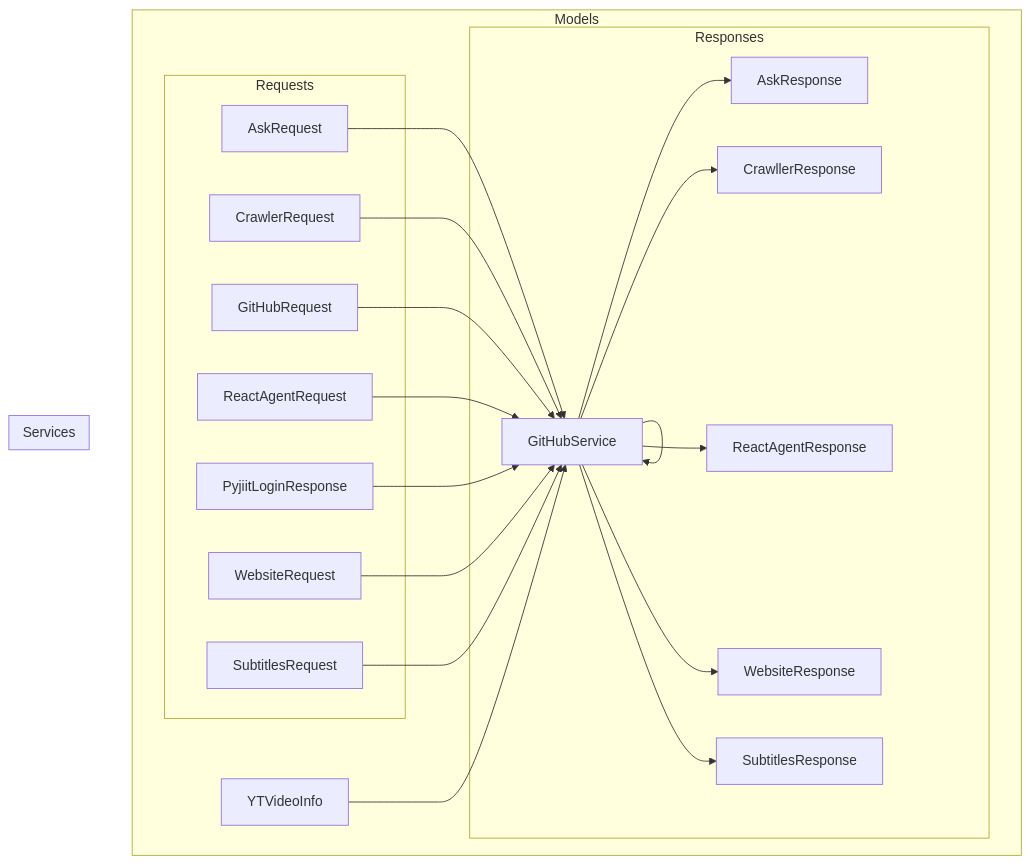
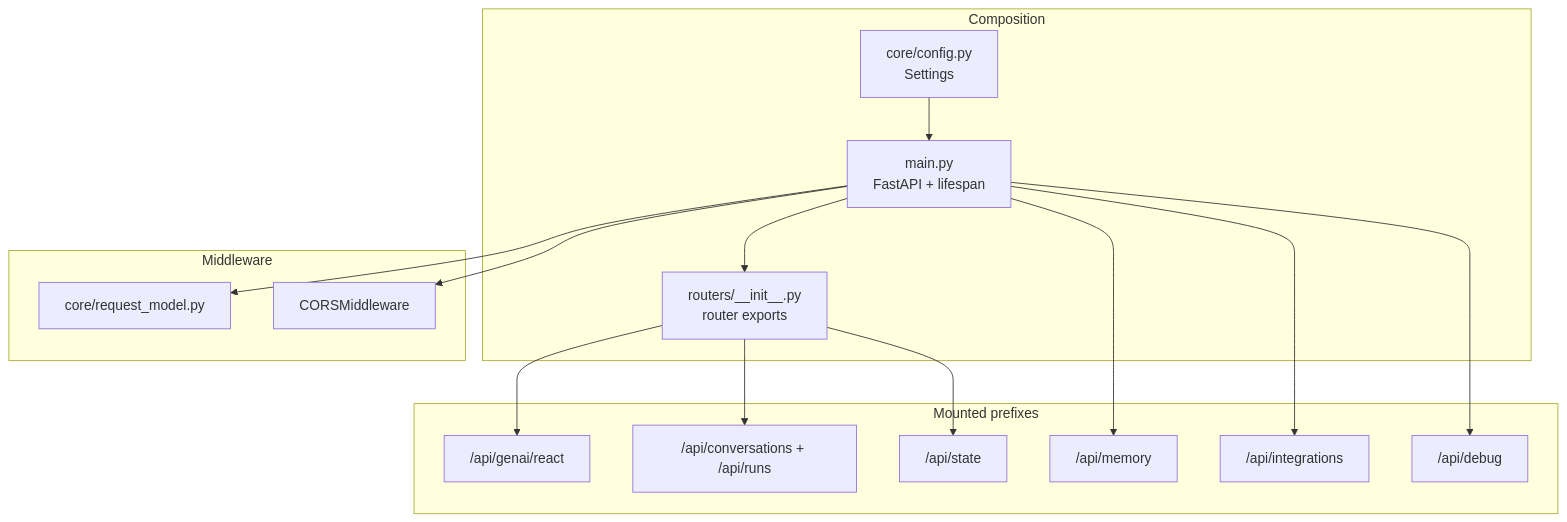
One commit to tashifkhan/tashif.codes changed the first of 6 diagrams in src/data/docs/agentic-browser/Data Models and Schemas/Service Integration Models.md. Above: the diagram before and after it, drawn with Mermaid. The commit also changed other lines of this file and 114 other files, not shown here.

````diff
--- a/src/data/docs/agentic-browser/Data Models and Schemas/Service Integration Models.md
+++ b/src/data/docs/agentic-browser/Data Models and Schemas/Service Integration Models.md
@@ -9,40 +18,30 @@
 ```mermaid
 graph TB
-subgraph "Models"
-subgraph "Requests"
-R_Ask["AskRequest"]
-R_Crawl["CrawlerRequest"]
-R_GitHub["GitHubRequest"]
-R_React["ReactAgentRequest"]
-R_Pyjiit["PyjiitLoginResponse"]
-R_Website["WebsiteRequest"]
-R_Subtitles["SubtitlesRequest"]
+subgraph "Composition"
+  MAIN["main.py<br/>FastAPI + lifespan"]
+  INIT["routers/__init__.py<br/>router exports"]
+  CFG["core/config.py<br/>Settings"]
 end
-subgraph "Responses"
-S_Ask["AskResponse"]
-S_Crawl["CrawllerResponse"]
-S_GitHub["GitHubResponse"]
-S_React["ReactAgentResponse"]
-S_Website["WebsiteResponse"]
-S_Subtitles["SubtitlesResponse"]
+subgraph "Middleware"
+  RM["core/request_model.py"]
+  CORS["CORSMiddleware"]
 end
-M_YT["YTVideoInfo"]
+subgraph "Mounted prefixes"
+  P1["/api/genai/react"]
+  P2["/api/conversations + /api/runs"]
+  P3["/api/state"]
+  P4["/api/memory"]
+  P5["/api/integrations"]
+  P6["/api/debug"]
 end
-subgraph "Services"
-S_GitHub["GitHubService"]
-end
-R_Ask --> S_GitHub
-R_Crawl --> S_GitHub
-R_GitHub --> S_GitHub
-R_React --> S_GitHub
-R_Pyjiit --> S_GitHub
-R_Website --> S_GitHub
-R_Subtitles --> S_GitHub
-S_GitHub --> S_Ask
-S_GitHub --> S_Crawl
-S_GitHub --> S_GitHub
-S_GitHub --> S_React
-S_GitHub --> S_Website
-S_GitHub --> S_Subtitles
-M_YT --> S_GitHub
+MAIN --> RM
+MAIN --> CORS
+MAIN --> INIT
+INIT --> P1
+INIT --> P2
+INIT --> P3
+MAIN --> P4
+MAIN --> P5
+MAIN --> P6
+CFG --> MAIN
 ```
````
